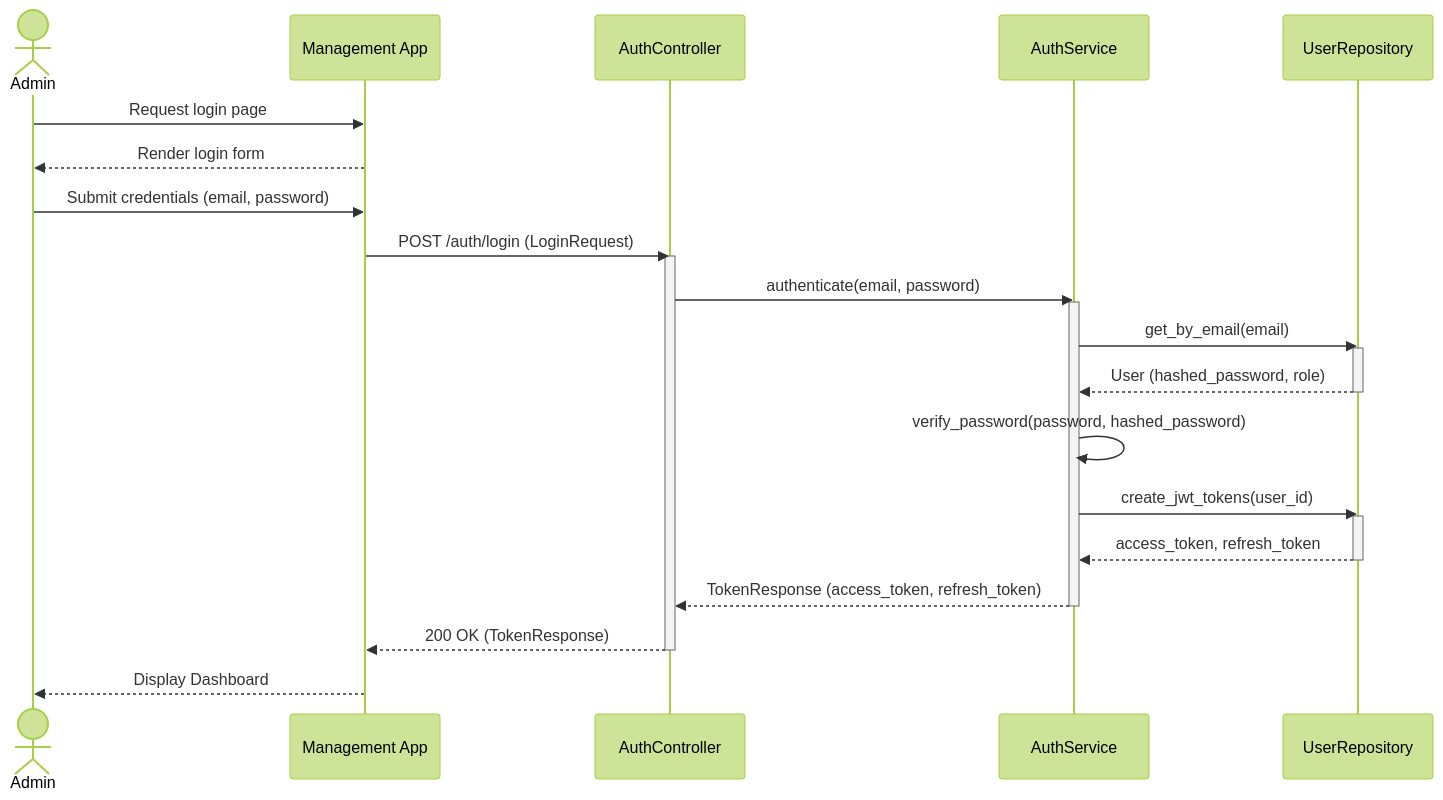
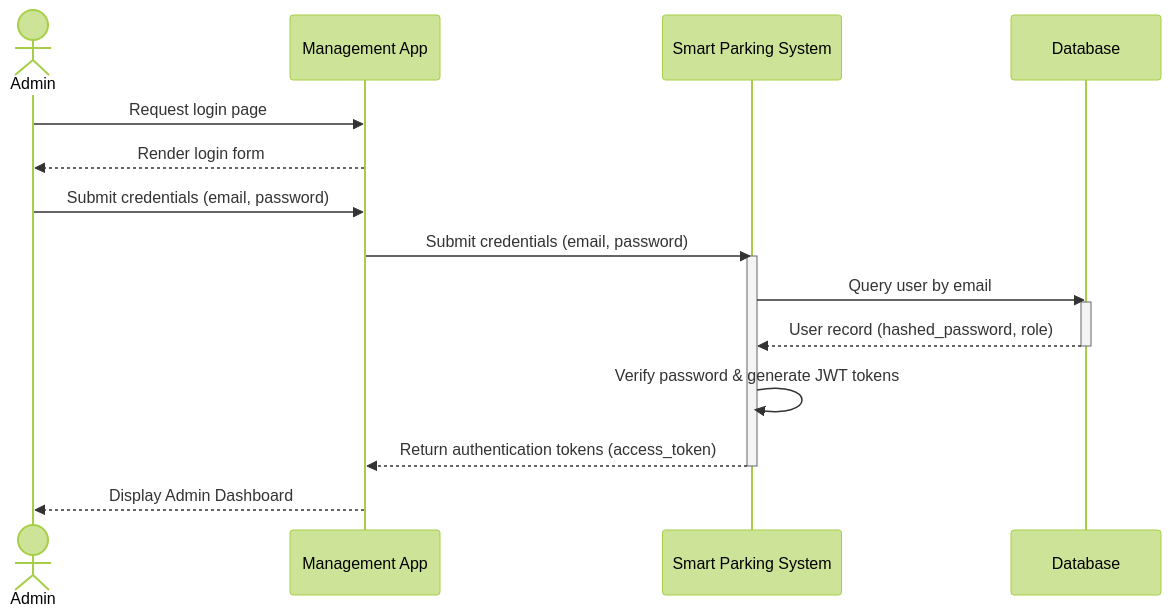
Before and after one commit to kxunsithu/smart-parking-lot-system: the seventh of 16 diagrams in docs/Smart_Parking_Lot_System_Documentation.md, drawn with Mermaid (forest theme). The commit also changed other lines of this file, not shown here.

````diff
--- a/docs/Smart_Parking_Lot_System_Documentation.md
+++ b/docs/Smart_Parking_Lot_System_Documentation.md
@@ -911,30 +910,21 @@
 ```mermaid
 sequenceDiagram
     actor Admin
     participant UI as Management App
-    participant API as AuthController
-    participant Auth as AuthService
-    participant DB as UserRepository
+    participant System as Smart Parking System
+    participant DB as Database
 
     Admin->>UI: Request login page
     UI-->>Admin: Render login form
     Admin->>UI: Submit credentials (email, password)
-    UI->>API: POST /auth/login (LoginRequest)
-    activate API
-    API->>Auth: authenticate(email, password)
-    activate Auth
-    Auth->>DB: get_by_email(email)
+    UI->>System: Submit credentials (email, password)
+    activate System
+    System->>DB: Query user by email
     activate DB
-    DB-->>Auth: User (hashed_password, role)
+    DB-->>System: User record (hashed_password, role)
     deactivate DB
-    Auth->>Auth: verify_password(password, hashed_password)
-    Auth->>DB: create_jwt_tokens(user_id)
-    activate DB
-    DB-->>Auth: access_token, refresh_token
-    deactivate DB
-    Auth-->>API: TokenResponse (access_token, refresh_token)
-    deactivate Auth
-    API-->>UI: 200 OK (TokenResponse)
-    deactivate API
-    UI-->>Admin: Display Dashboard
+    System->>System: Verify password & generate JWT tokens
+    System-->>UI: Return authentication tokens (access_token)
+    deactivate System
+    UI-->>Admin: Display Admin Dashboard
 ```
````
